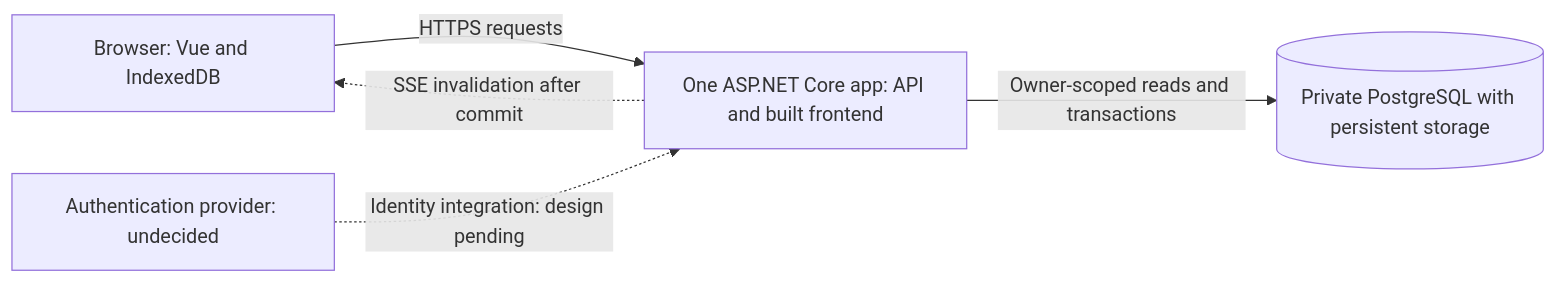
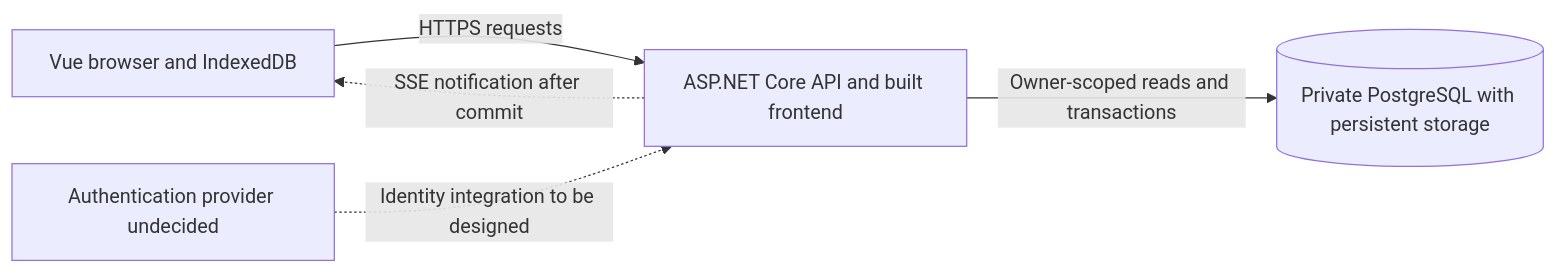
One commit to ShiosOS/Damadama changed the diagram in docs/rewrite/design.md. Above: the diagram before and after it, drawn with Mermaid. The commit also changed other lines of this file and 3 other files, not shown here.

````diff
--- a/docs/rewrite/design.md
+++ b/docs/rewrite/design.md
@@ -15,7 +13,7 @@
 ```mermaid
 flowchart LR
-    B["Browser: Vue and IndexedDB"] -->|"HTTPS requests"| A["One ASP.NET Core app: API and built frontend"]
+    B["Vue browser and IndexedDB"] -->|"HTTPS requests"| A["ASP.NET Core API and built frontend"]
     A -->|"Owner-scoped reads and transactions"| P[("Private PostgreSQL with persistent storage")]
-    A -. "SSE invalidation after commit" .-> B
-    I["Authentication provider: undecided"] -. "Identity integration: design pending" .-> A
+    A -. "SSE notification after commit" .-> B
+    I["Authentication provider undecided"] -. "Identity integration to be designed" .-> A
 ```
````
